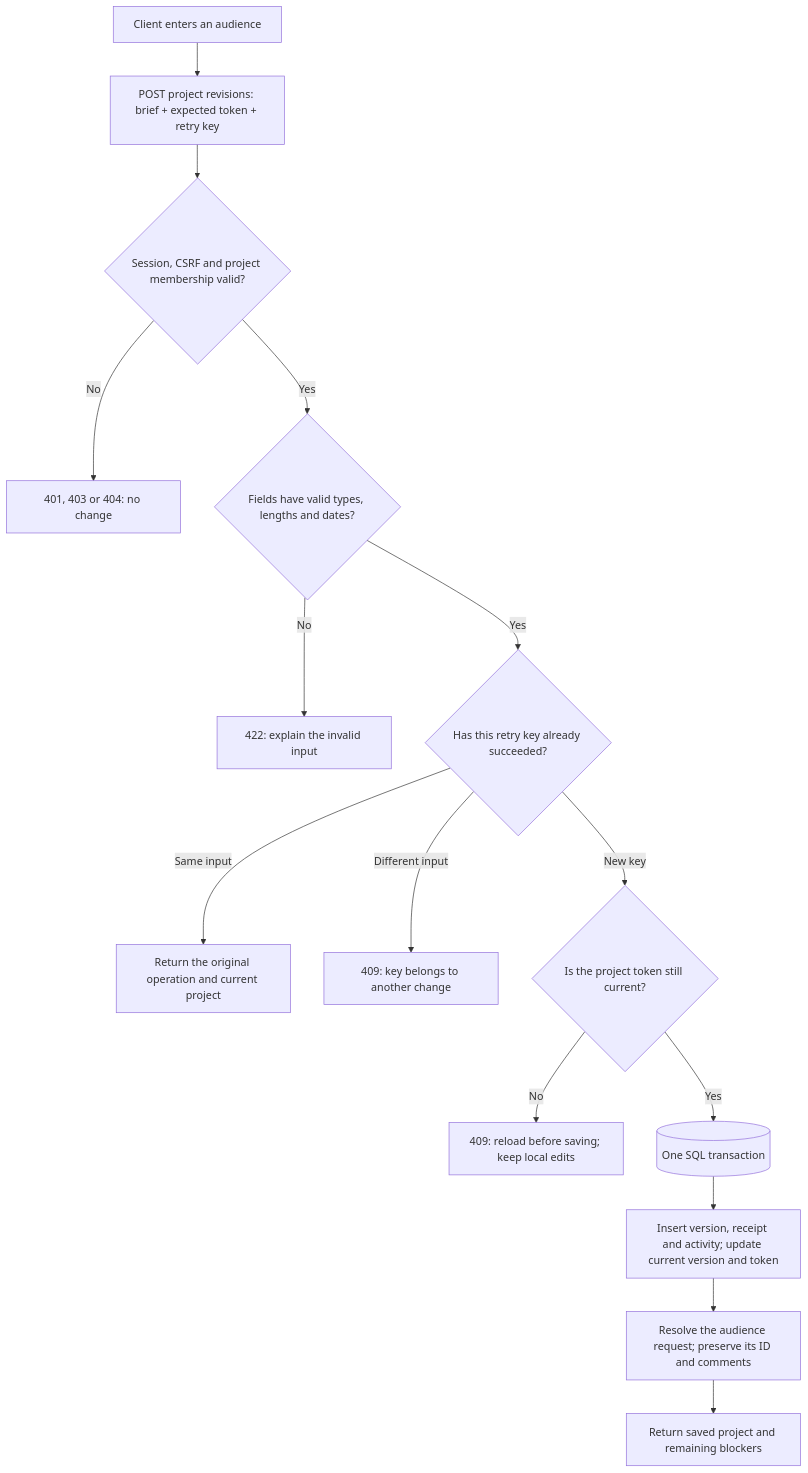
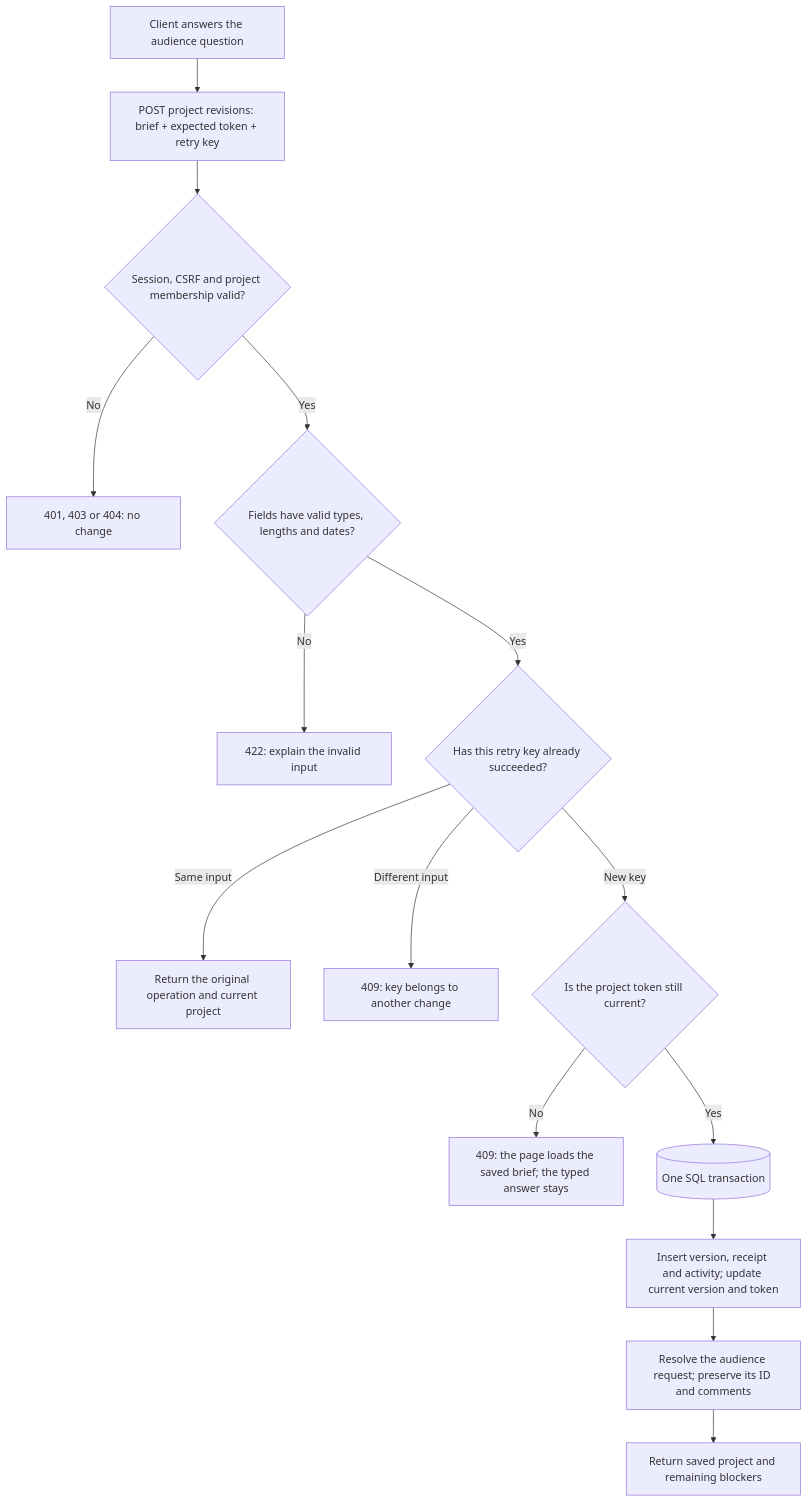
Before and after one commit to mosalah-77/onboarding-portal: the first of 7 diagrams in docs/how-it-works.md, drawn with Mermaid. The commit also changed other lines of this file and 8 other files, not shown here.

````diff
--- a/docs/how-it-works.md
+++ b/docs/how-it-works.md
@@ -11,17 +11,17 @@
 ```mermaid
 flowchart TD
-  A[Client enters an audience] --> B[POST project revisions: brief + expected token + retry key]
+  A[Client answers the audience question] --> B[POST project revisions: brief + expected token + retry key]
   B --> C{Session, CSRF and project membership valid?}
   C -->|No| X[401, 403 or 404: no change]
   C -->|Yes| D{Fields have valid types, lengths and dates?}
   D -->|No| Y[422: explain the invalid input]
   D -->|Yes| E{Has this retry key already succeeded?}
   E -->|Same input| F[Return the original operation and current project]
   E -->|Different input| G[409: key belongs to another change]
   E -->|New key| H{Is the project token still current?}
-  H -->|No| I[409: reload before saving; keep local edits]
+  H -->|No| I[409: the page loads the saved brief; the typed answer stays]
   H -->|Yes| J[(One SQL transaction)]
   J --> K[Insert version, receipt and activity; update current version and token]
   K --> L[Resolve the audience request; preserve its ID and comments]
   L --> M[Return saved project and remaining blockers]
 ```
````
